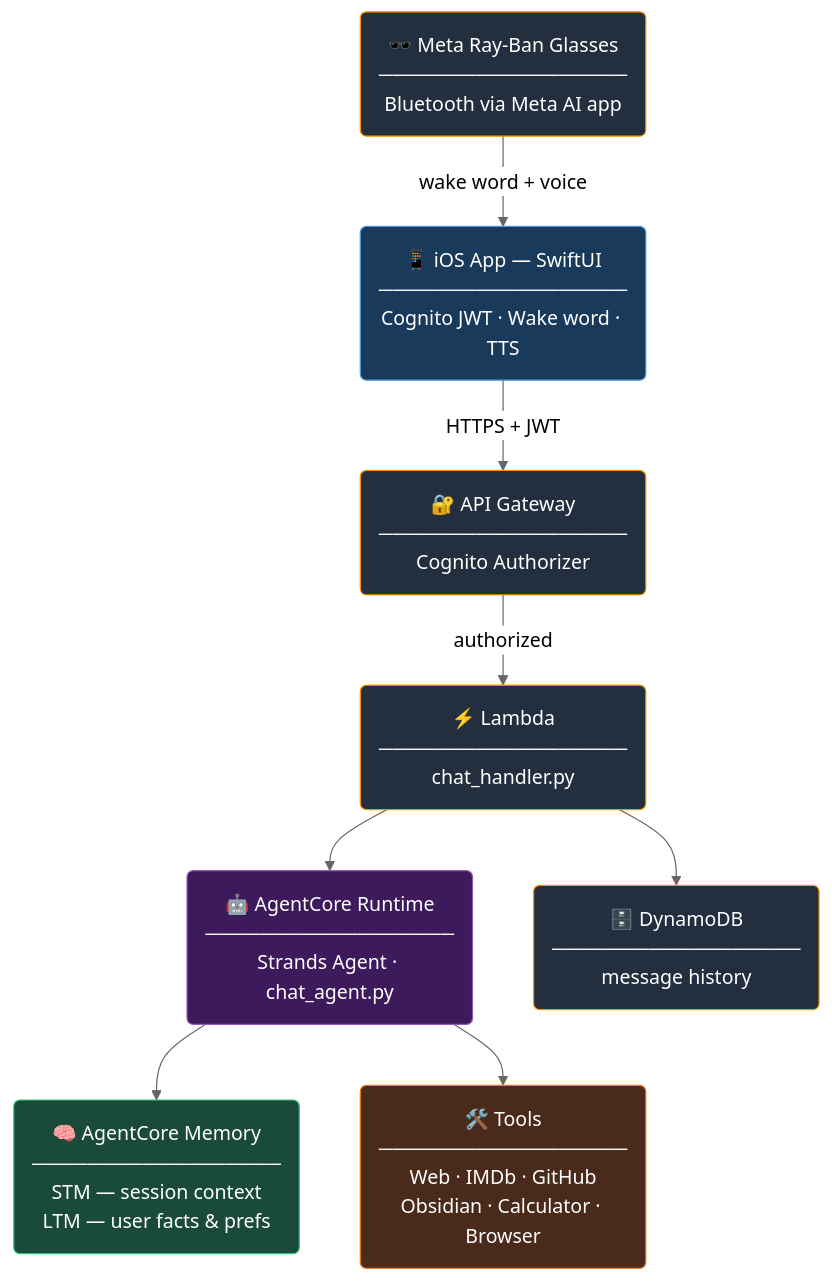
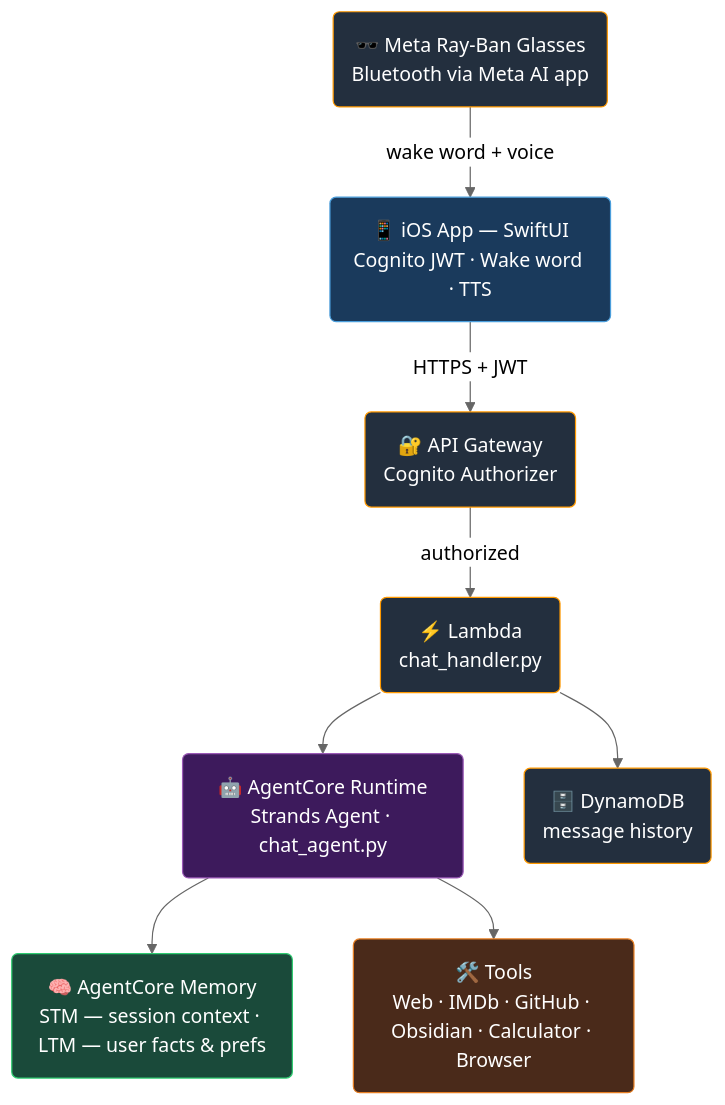
The diagram in ray-ban-voice-agent-bedrock/README.md (Undemanding-gruiformes910/meta-ai-agent-sample-for-aws-agentcore), drawn with Mermaid (neutral theme) before and after one commit.

Commit message:
Remove separator lines from Mermaid diagram nodes

````diff
--- a/ray-ban-voice-agent-bedrock/README.md
+++ b/ray-ban-voice-agent-bedrock/README.md
@@ -22,28 +22,28 @@
 ```mermaid
 flowchart TD
-    A("🕶️ Meta Ray-Ban Glasses\n──────────────────\nBluetooth via Meta AI app")
-    B("📱 iOS App — SwiftUI\n──────────────────\nCognito JWT · Wake word · TTS")
-    C("🔐 API Gateway\n──────────────────\nCognito Authorizer")
-    D("⚡ Lambda\n──────────────────\nchat_handler.py")
-    E("🤖 AgentCore Runtime\n──────────────────\nStrands Agent · chat_agent.py")
-    F("🧠 AgentCore Memory\n──────────────────\nSTM — session context\nLTM — user facts & prefs")
-    G("🛠️ Tools\n──────────────────\nWeb · IMDb · GitHub\nObsidian · Calculator · Browser")
-    H("🗄️ DynamoDB\n──────────────────\nmessage history")
+    A("🕶️ Meta Ray-Ban Glasses\nBluetooth via Meta AI app")
+    B("📱 iOS App — SwiftUI\nCognito JWT · Wake word · TTS")
+    C("🔐 API Gateway\nCognito Authorizer")
+    D("⚡ Lambda\nchat_handler.py")
+    E("🤖 AgentCore Runtime\nStrands Agent · chat_agent.py")
+    F("🧠 AgentCore Memory\nSTM — session context · LTM — user facts & prefs")
+    G("🛠️ Tools\nWeb · IMDb · GitHub · Obsidian · Calculator · Browser")
+    H("🗄️ DynamoDB\nmessage history")
 
     A -->|"wake word + voice"| B
     B -->|"HTTPS + JWT"| C
     C -->|"authorized"| D
     D --> E
     D --> H
     E --> F
     E --> G
 
     style A fill:#232f3e,stroke:#ff9900,color:#fff
     style B fill:#1a3a5c,stroke:#4a9edc,color:#fff
     style C fill:#232f3e,stroke:#ff9900,color:#fff
     style D fill:#232f3e,stroke:#ff9900,color:#fff
     style E fill:#3d1a5c,stroke:#9b59b6,color:#fff
     style F fill:#1a4a3a,stroke:#2ecc71,color:#fff
     style G fill:#4a2a1a,stroke:#e67e22,color:#fff
     style H fill:#232f3e,stroke:#ff9900,color:#fff
 ```
````
